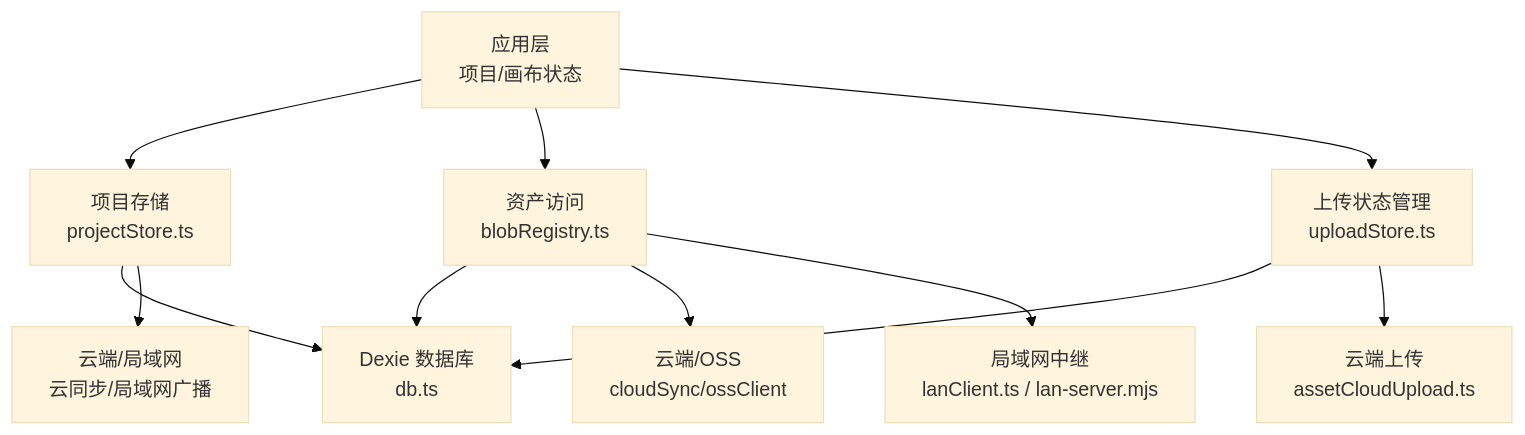
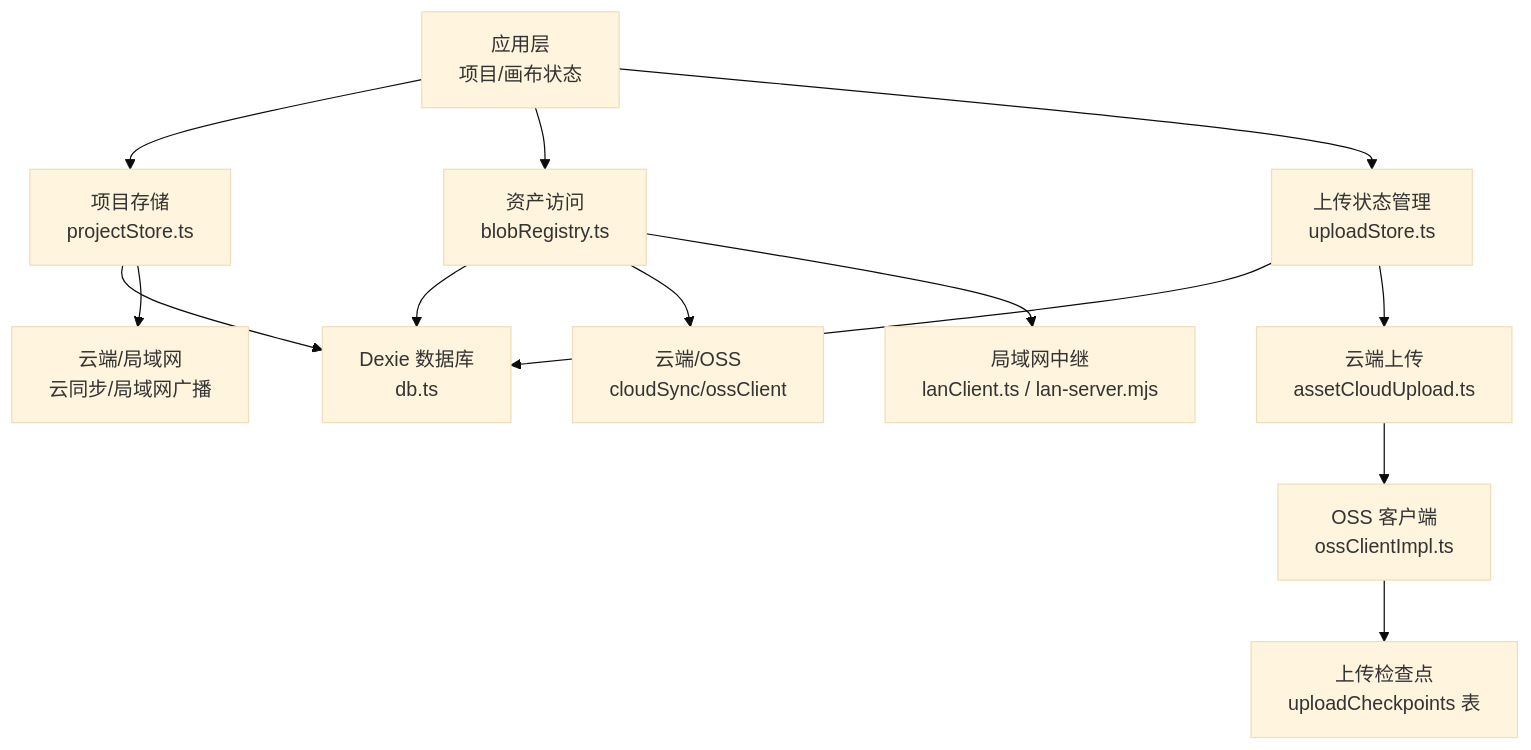
Before and after one commit to suqi-bot/SuQCanvas: the first of 11 diagrams in .qoder/repowiki/zh/content/数据持久化/IndexedDB 存储.md, drawn with Mermaid (base theme). The commit also changed other lines of this file and 10 other files, not shown here.

````diff
--- a/.qoder/repowiki/zh/content/数据持久化/IndexedDB 存储.md
+++ b/.qoder/repowiki/zh/content/数据持久化/IndexedDB 存储.md
@@ -58,13 +61,15 @@
 ```mermaid
 graph TB
 A["应用层<br/>项目/画布状态"] --> B["项目存储<br/>projectStore.ts"]
 A --> C["资产访问<br/>blobRegistry.ts"]
 A --> D["上传状态管理<br/>uploadStore.ts"]
 B --> E["Dexie 数据库<br/>db.ts"]
 C --> E
 D --> E
 C --> F["云端/OSS<br/>cloudSync/ossClient"]
 C --> G["局域网中继<br/>lanClient.ts / lan-server.mjs"]
 D --> H["云端上传<br/>assetCloudUpload.ts"]
-B --> I["云端/局域网<br/>云同步/局域网广播"]
+H --> I["OSS 客户端<br/>ossClientImpl.ts"]
+I --> J["上传检查点<br/>uploadCheckpoints 表"]
+B --> K["云端/局域网<br/>云同步/局域网广播"]
 ```
````
